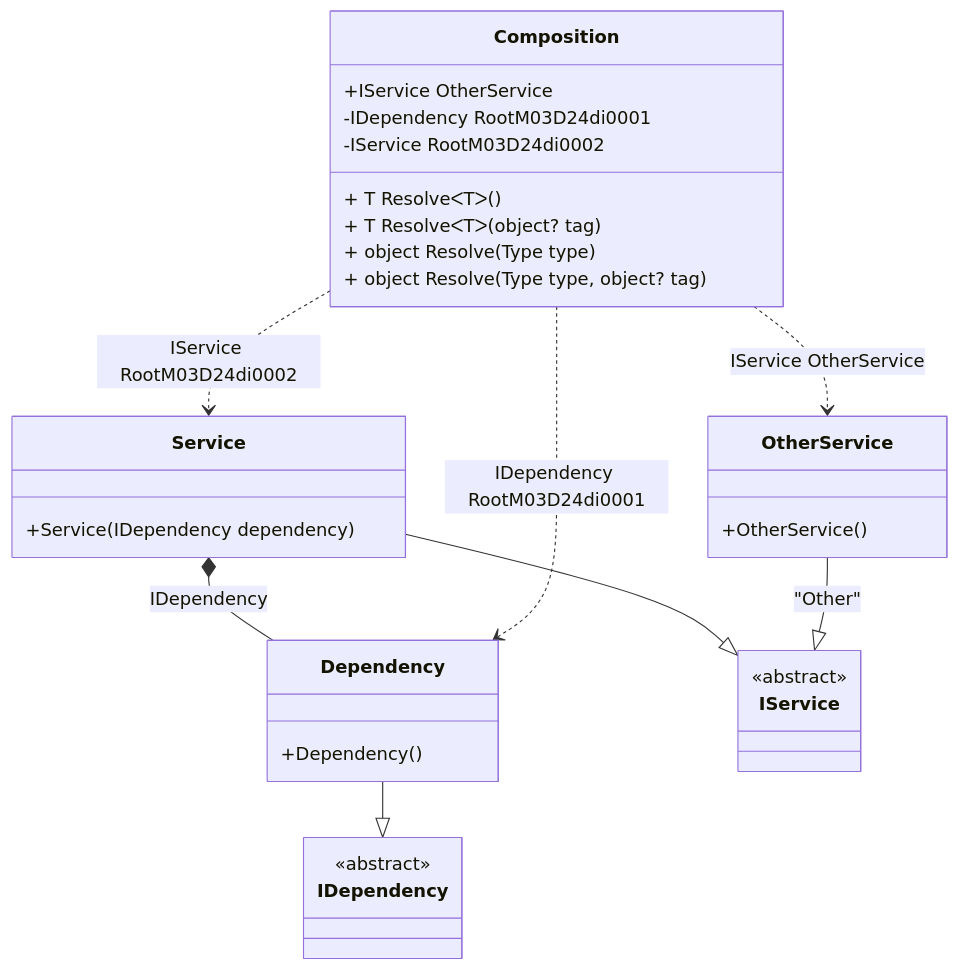
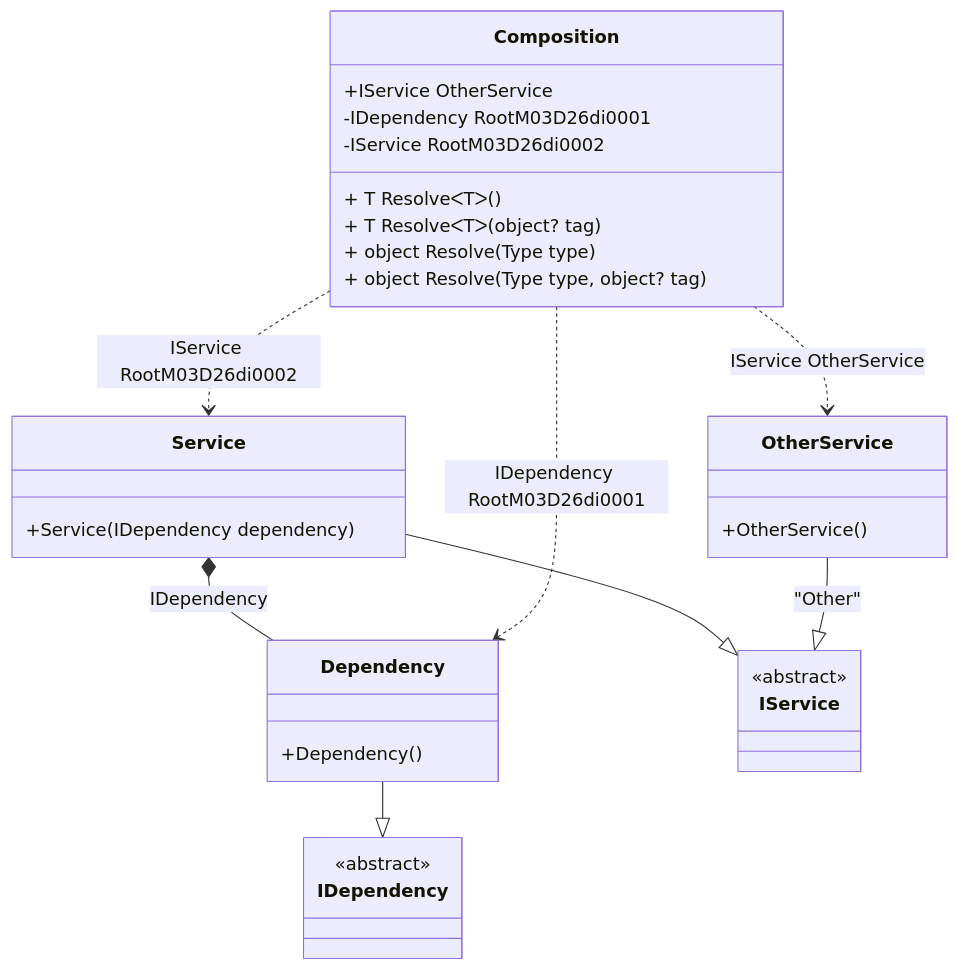
The diagram in readme/resolve-methods.md (DevTeam/Pure.DI), drawn with Mermaid before and after one commit. The commit also changed other lines of this file and 78 other files, not shown here.

````diff
--- a/readme/resolve-methods.md
+++ b/readme/resolve-methods.md
@@ -45,34 +45,34 @@
 ```mermaid
 classDiagram
   class Composition {
     +IService OtherService
-    -IDependency RootM03D24di0001
-    -IService RootM03D24di0002
+    -IDependency RootM03D26di0001
+    -IService RootM03D26di0002
     + T ResolveᐸTᐳ()
     + T ResolveᐸTᐳ(object? tag)
     + object Resolve(Type type)
     + object Resolve(Type type, object? tag)
   }
   Dependency --|> IDependency : 
   class Dependency {
     +Dependency()
   }
   Service --|> IService : 
   class Service {
     +Service(IDependency dependency)
   }
   OtherService --|> IService : "Other" 
   class OtherService {
     +OtherService()
   }
   class IDependency {
     <<abstract>>
   }
   class IService {
     <<abstract>>
   }
   Service *--  Dependency : IDependency
-  Composition ..> Dependency : IDependency RootM03D24di0001
-  Composition ..> Service : IService RootM03D24di0002
+  Composition ..> Dependency : IDependency RootM03D26di0001
+  Composition ..> Service : IService RootM03D26di0002
   Composition ..> OtherService : IService OtherService
 ```
````
